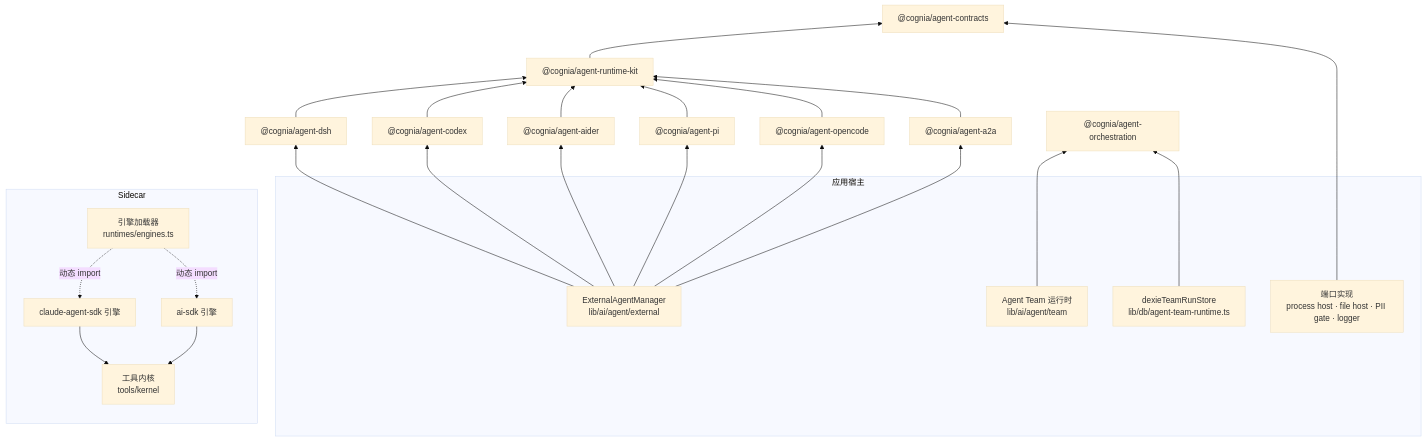
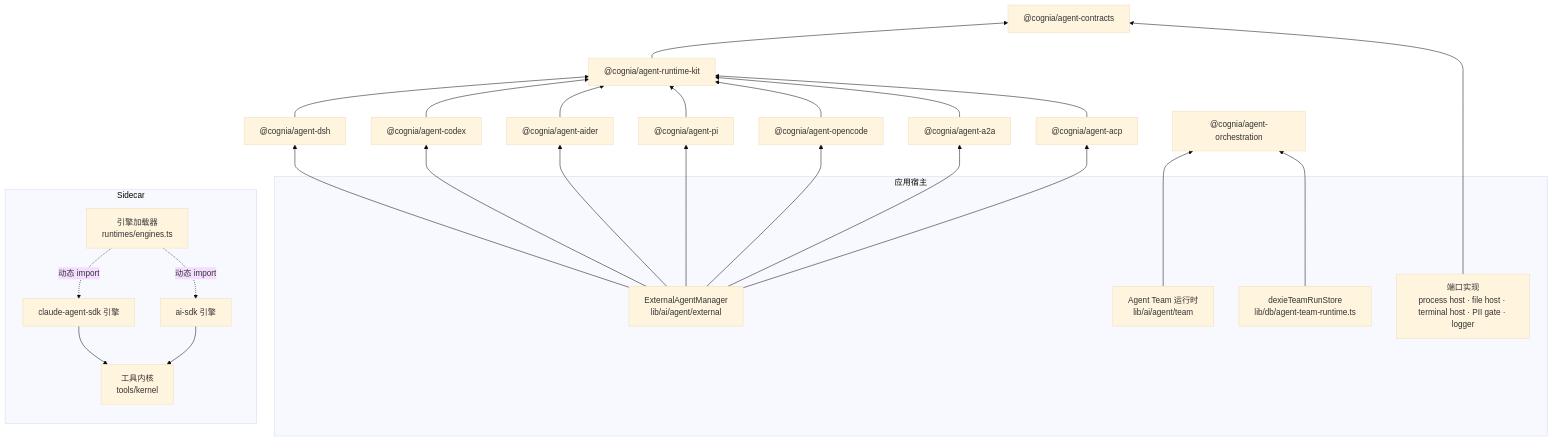
One commit to MaxQian888/cognia-next changed the diagram in docs/content/docs/zh/subsystems/agent-packages/index.mdx. Above: the diagram before and after it, drawn with Mermaid (base theme). The commit also changed other lines of this file and 69 other files, not shown here.

````diff
--- a/docs/content/docs/zh/subsystems/agent-packages/index.mdx
+++ b/docs/content/docs/zh/subsystems/agent-packages/index.mdx
@@ -40,37 +41,39 @@
 ```mermaid
 flowchart BT
   contracts["@cognia/agent-contracts"]
   kit["@cognia/agent-runtime-kit"] --> contracts
   dsh["@cognia/agent-dsh"] --> kit
   codex["@cognia/agent-codex"] --> kit
   aider["@cognia/agent-aider"] --> kit
   pi["@cognia/agent-pi"] --> kit
   opencode["@cognia/agent-opencode"] --> kit
   a2a["@cognia/agent-a2a"] --> kit
+  acp["@cognia/agent-acp"] --> kit
   orch["@cognia/agent-orchestration"]
   subgraph host["应用宿主"]
     manager["ExternalAgentManager<br/>lib/ai/agent/external"]
-    ports["端口实现<br/>process host · file host · PII gate · logger"]
+    ports["端口实现<br/>process host · file host · terminal host · PII gate · logger"]
     team["Agent Team 运行时<br/>lib/ai/agent/team"]
     dexie["dexieTeamRunStore<br/>lib/db/agent-team-runtime.ts"]
   end
   subgraph sidecar["Sidecar"]
     engines["引擎加载器<br/>runtimes/engines.ts"]
     claude["claude-agent-sdk 引擎"]
     aisdk["ai-sdk 引擎"]
     kernel["工具内核<br/>tools/kernel"]
   end
   manager --> dsh
   manager --> codex
   manager --> aider
   manager --> pi
   manager --> opencode
   manager --> a2a
+  manager --> acp
   ports --> contracts
   team --> orch
   dexie --> orch
   engines -.动态 import.-> claude
   engines -.动态 import.-> aisdk
   claude --> kernel
   aisdk --> kernel
 ```
````
